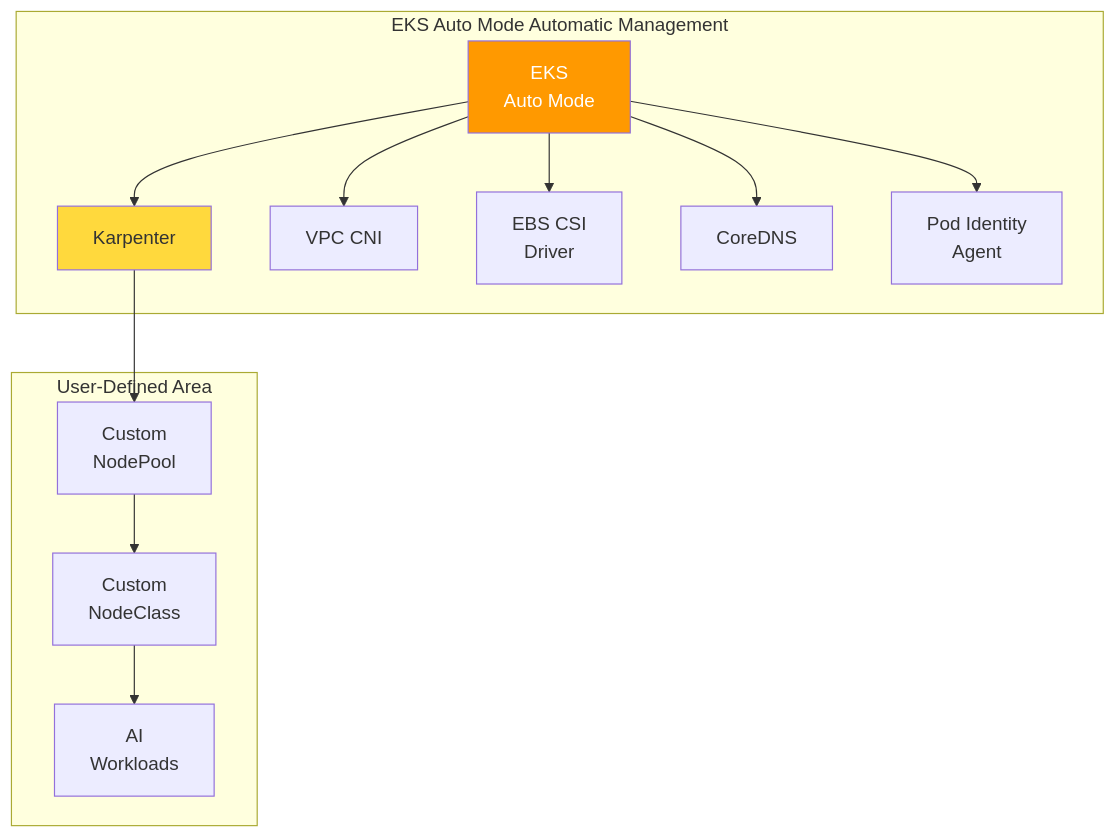
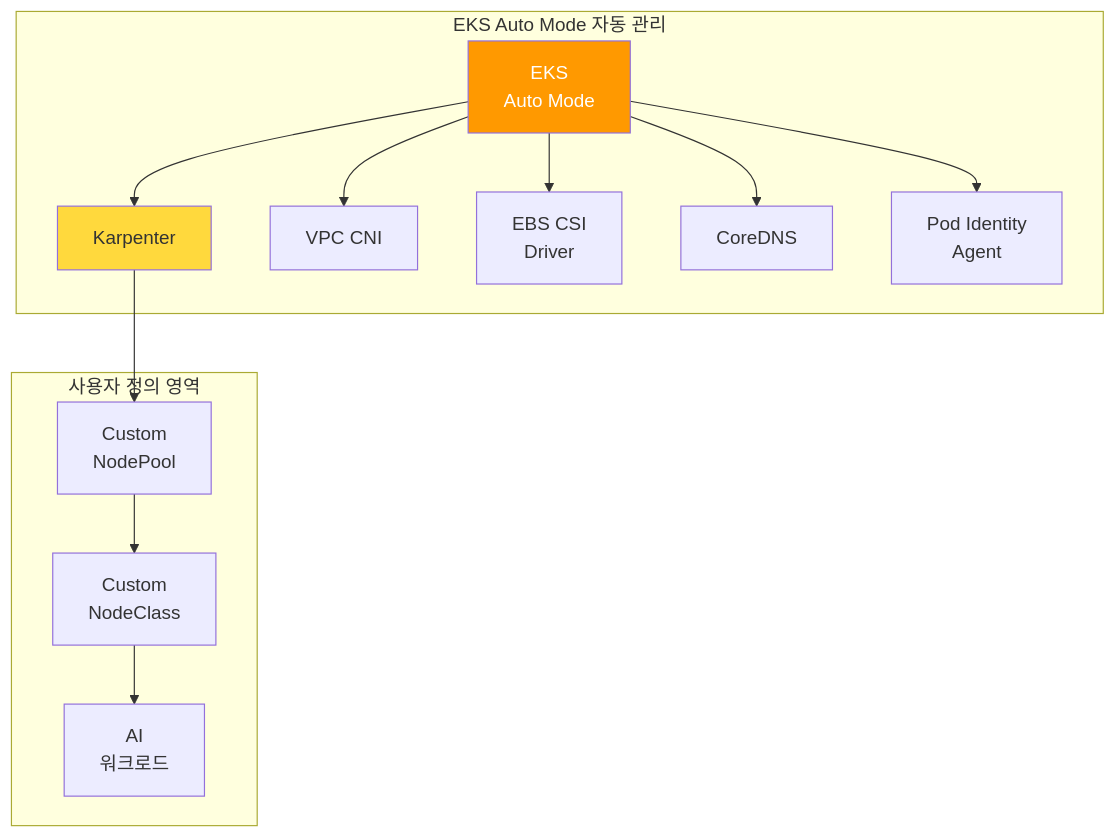
One commit to devfloor9/engineering-playbook changed the fourth of 11 diagrams in i18n/en/docusaurus-plugin-content-docs/current/agentic-ai-platform/design-architecture/agentic-ai-solutions-eks.md. Above: the diagram before and after it, drawn with Mermaid. The commit also changed other lines of this file and 6 other files, not shown here.

````diff
--- a/i18n/en/docusaurus-plugin-content-docs/current/agentic-ai-platform/design-architecture/agentic-ai-solutions-eks.md
+++ b/i18n/en/docusaurus-plugin-content-docs/current/agentic-ai-platform/design-architecture/agentic-ai-solutions-eks.md
@@ -236,29 +220,23 @@
 ```mermaid
 flowchart TD
-    subgraph AutoManaged["EKS Auto Mode Automatic Management"]
+    subgraph AutoManaged["EKS Auto Mode 자동 관리"]
         AUTO["EKS<br/>Auto Mode"]
         KARP["Karpenter"]
         VPC_CNI["VPC CNI"]
         CSI["EBS CSI<br/>Driver"]
         COREDNS["CoreDNS"]
         POD_ID["Pod Identity<br/>Agent"]
     end
 
-    subgraph UserDefined["User-Defined Area"]
+    subgraph UserDefined["사용자 정의 영역"]
         NP["Custom<br/>NodePool"]
         NC["Custom<br/>NodeClass"]
-        WL["AI<br/>Workloads"]
+        WL["AI<br/>워크로드"]
     end
 
-    AUTO --> KARP
-    AUTO --> VPC_CNI
-    AUTO --> CSI
-    AUTO --> COREDNS
-    AUTO --> POD_ID
-    KARP --> NP
-    NP --> NC
-    NC --> WL
+    AUTO --> KARP & VPC_CNI & CSI & COREDNS & POD_ID
+    KARP --> NP --> NC --> WL
 
     style AUTO fill:#ff9900,color:#fff
     style KARP fill:#ffd93d
 ```
````
